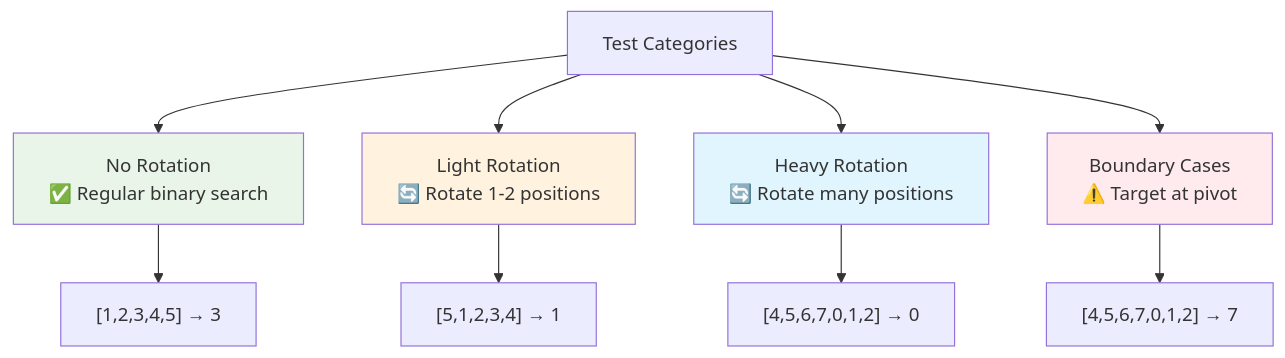
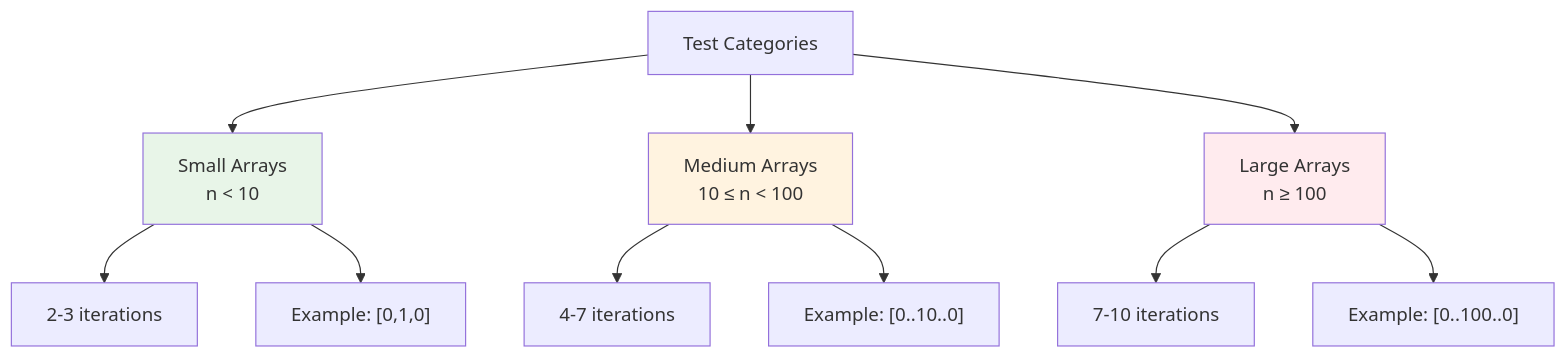
The ninth of 13 diagrams in README.md (LuckyLongre123/README_RUNNER), drawn with Mermaid before and after one commit. The commit also changed other lines of this file, not shown here.

````diff
--- a/README.md
+++ b/README.md
@@ -274,17 +286,18 @@
 ```mermaid
 flowchart TD
-    A["Test Categories"] --> B["No Rotation<br/>✅ Regular binary search"]
-    A --> C["Light Rotation<br/>🔄 Rotate 1-2 positions"]
-    A --> D["Heavy Rotation<br/>🔄 Rotate many positions"]
-    A --> E["Boundary Cases<br/>⚠️ Target at pivot"]
+    A["Test Categories"] --> B["Small Arrays<br/>n < 10"]
+    A --> C["Medium Arrays<br/>10 ≤ n < 100"]
+    A --> D["Large Arrays<br/>n ≥ 100"]
     
-    B --> B1["[1,2,3,4,5] → 3"]
-    C --> C1["[5,1,2,3,4] → 1"]
-    D --> D1["[4,5,6,7,0,1,2] → 0"]
-    E --> E1["[4,5,6,7,0,1,2] → 7"]
+    B --> B1["2-3 iterations"]
+    C --> C1["4-7 iterations"]
+    D --> D1["7-10 iterations"]
+    
+    B --> B2["Example: [0,1,0]"]
+    C --> C2["Example: [0..10..0]"]
+    D --> D2["Example: [0..100..0]"]
     
     style B fill:#e8f5e8
     style C fill:#fff3e0
-    style D fill:#e1f5fe
-    style E fill:#ffebee
+    style D fill:#ffebee
 ```
````
